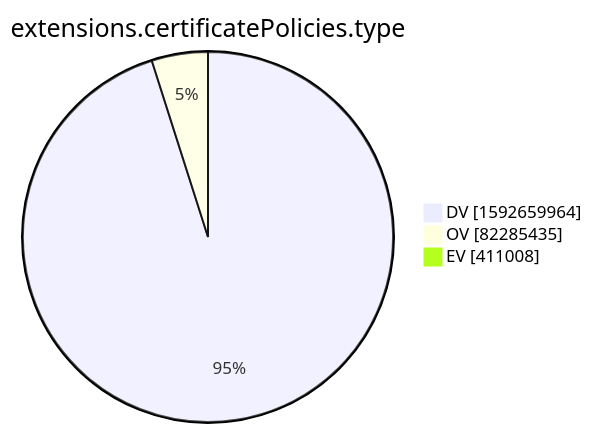
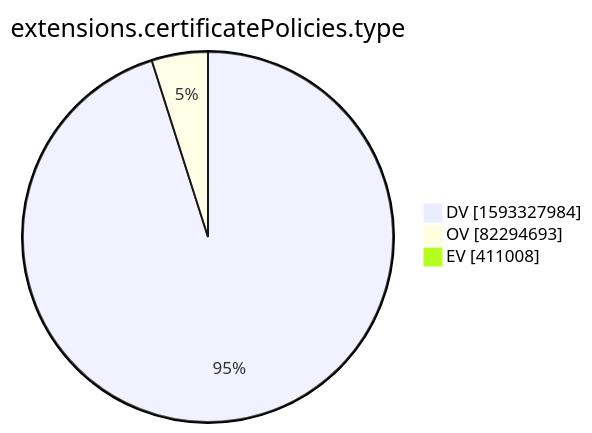
The tenth of 15 diagrams in xenon2022/README.md (christiankrug/ctmonitor_visualization), drawn with Mermaid before and after one commit. The commit also changed other lines of this file, not shown here.

````diff
--- a/xenon2022/README.md
+++ b/xenon2022/README.md
@@ -2878,7 +2878,7 @@
 ```mermaid
 pie showData
 title extensions.certificatePolicies.type
-"DV" :1592659964
-"OV" :82285435
+"DV" :1593327984
+"OV" :82294693
 "EV" :411008
 ```
````
